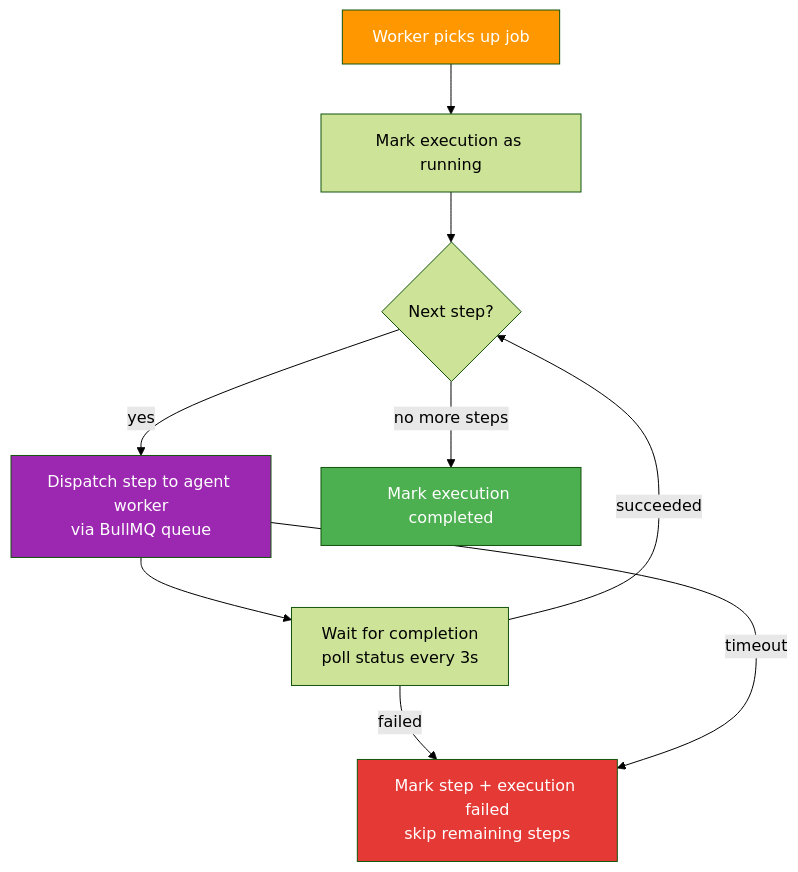
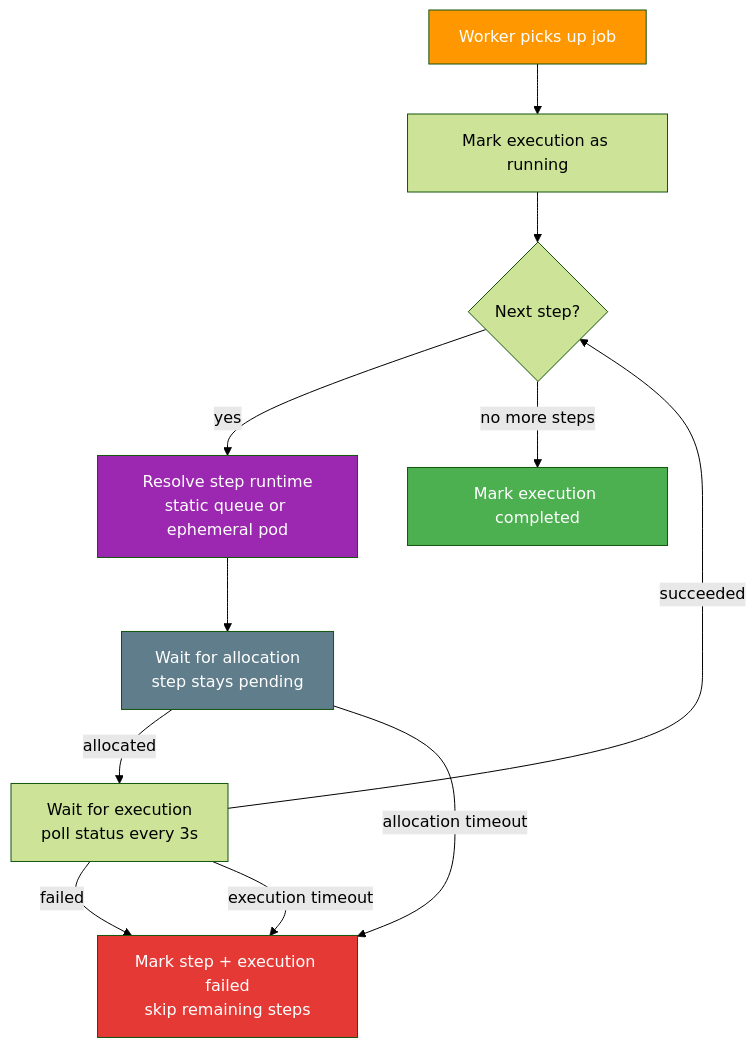
Before and after one commit to thfai2000/github-copilot-agent-orchestra: the fifth of 7 diagrams in docs/concepts/workflow-engine.md, drawn with Mermaid (forest theme). The commit also changed other lines of this file and 23 other files, not shown here.

````diff
--- a/docs/concepts/workflow-engine.md
+++ b/docs/concepts/workflow-engine.md
@@ -215,16 +213,19 @@
 ```mermaid
 graph TB
     START[Worker picks up job] --> MARK[Mark execution as running]
     MARK --> LOOP{Next step?}
-    LOOP -->|yes| DISPATCH[Dispatch step to agent worker<br/>via BullMQ queue]
-    DISPATCH --> WAIT[Wait for completion<br/>poll status every 3s]
+    LOOP -->|yes| DISPATCH[Resolve step runtime<br/>static queue or ephemeral pod]
+    DISPATCH --> ALLOCATE[Wait for allocation<br/>step stays pending]
+    ALLOCATE -->|allocated| WAIT[Wait for execution<br/>poll status every 3s]
     WAIT -->|succeeded| LOOP
     WAIT -->|failed| FAIL[Mark step + execution failed<br/>skip remaining steps]
-    DISPATCH -->|timeout| FAIL
+    ALLOCATE -->|allocation timeout| FAIL
+    WAIT -->|execution timeout| FAIL
     LOOP -->|no more steps| DONE[Mark execution completed]
 
     style START fill:#FF9800,color:#fff
     style DISPATCH fill:#9C27B0,color:#fff
+    style ALLOCATE fill:#607D8B,color:#fff
     style DONE fill:#4CAF50,color:#fff
     style FAIL fill:#e53935,color:#fff
 ```
````
